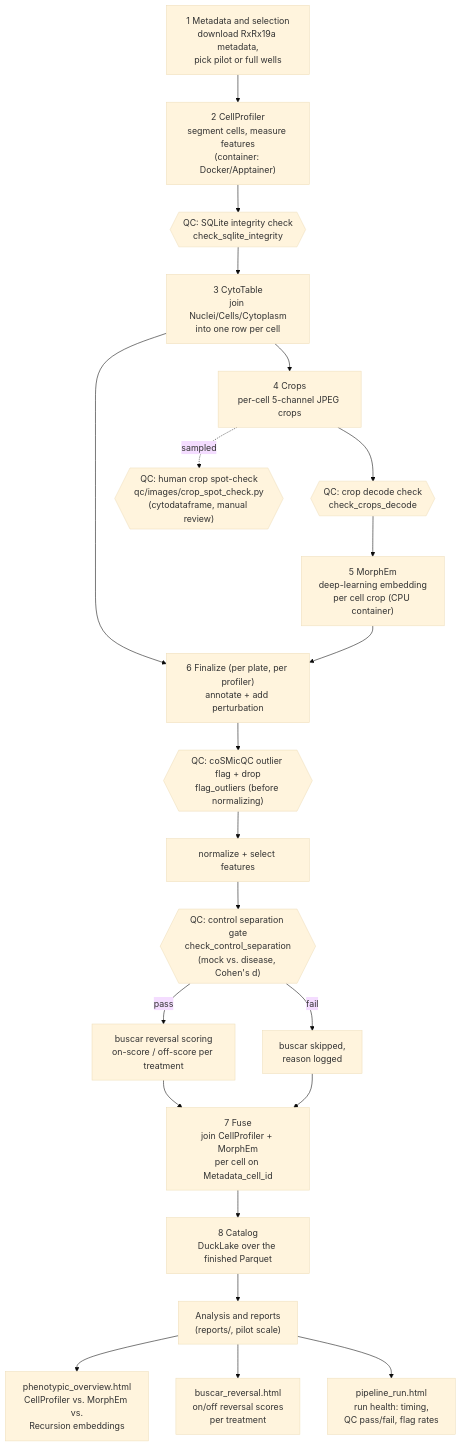
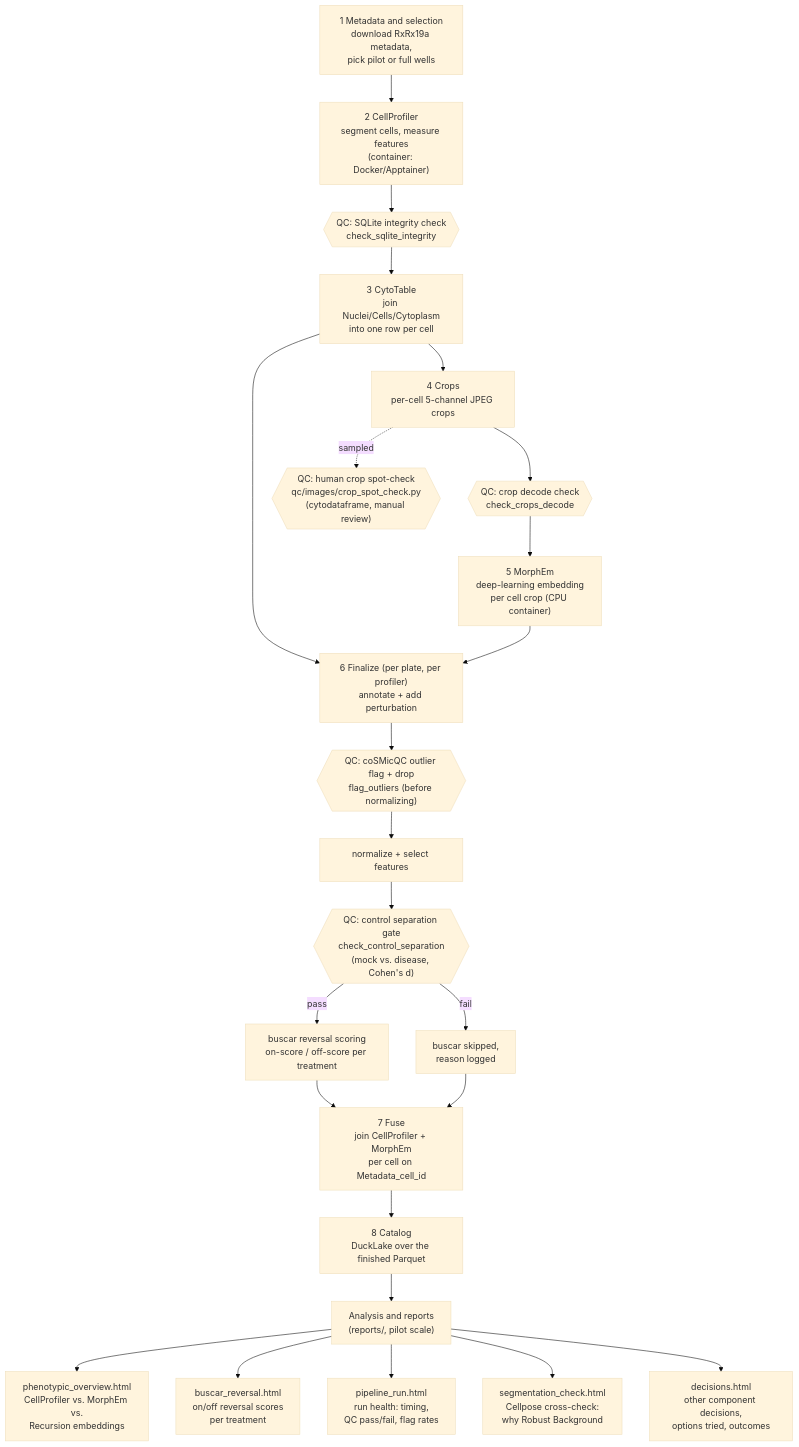
One commit to WayScience/RxRx19a-reanalysis changed the first of 2 diagrams in README.md. Above: the diagram before and after it, drawn with Mermaid (base theme). The commit also changed 16 other files, not shown here.

````diff
--- a/README.md
+++ b/README.md
@@ -53,24 +53,26 @@
 ```mermaid
 flowchart TD
     A["1 Metadata and selection<br/>download RxRx19a metadata,<br/>pick pilot or full wells"] --> B
     B["2 CellProfiler<br/>segment cells, measure features<br/>(container: Docker/Apptainer)"] --> BQC{{"QC: SQLite integrity check<br/>check_sqlite_integrity"}}
     BQC --> C["3 CytoTable<br/>join Nuclei/Cells/Cytoplasm<br/>into one row per cell"]
     C --> D["4 Crops<br/>per-cell 5-channel JPEG crops"]
     D --> DQC{{"QC: crop decode check<br/>check_crops_decode"}}
     DQC --> E["5 MorphEm<br/>deep-learning embedding<br/>per cell crop (CPU container)"]
     C --> F
     E --> F["6 Finalize (per plate, per profiler)<br/>annotate + add perturbation"]
     F --> FQC1{{"QC: coSMicQC outlier flag + drop<br/>flag_outliers (before normalizing)"}}
     FQC1 --> F2["normalize + select features"]
     F2 --> FQC2{{"QC: control separation gate<br/>check_control_separation<br/>(mock vs. disease, Cohen's d)"}}
     FQC2 -- pass --> FB["buscar reversal scoring<br/>on-score / off-score per treatment"]
     FQC2 -- fail --> FSkip["buscar skipped,<br/>reason logged"]
     D -. sampled .-> QCN{{"QC: human crop spot-check<br/>qc/images/crop_spot_check.py<br/>(cytodataframe, manual review)"}}
     FB --> G
     FSkip --> G["7 Fuse<br/>join CellProfiler + MorphEm<br/>per cell on Metadata_cell_id"]
     G --> H["8 Catalog<br/>DuckLake over the finished Parquet"]
     H --> R["Analysis and reports<br/>(reports/, pilot scale)"]
     R --> R1["phenotypic_overview.html<br/>CellProfiler vs. MorphEm vs.<br/>Recursion embeddings"]
     R --> R2["buscar_reversal.html<br/>on/off reversal scores<br/>per treatment"]
     R --> R3["pipeline_run.html<br/>run health: timing,<br/>QC pass/fail, flag rates"]
+    R --> R4["segmentation_check.html<br/>Cellpose cross-check:<br/>why Robust Background"]
+    R --> R5["decisions.html<br/>other component decisions,<br/>options tried, outcomes"]
 ```
````
